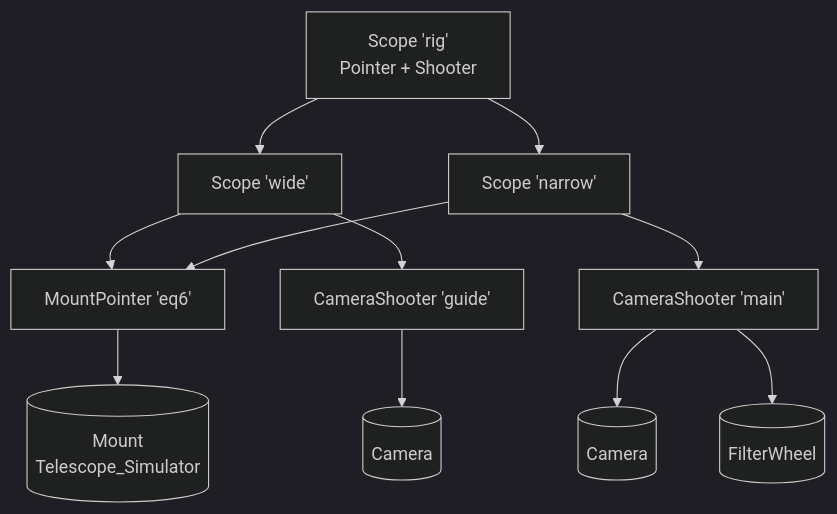
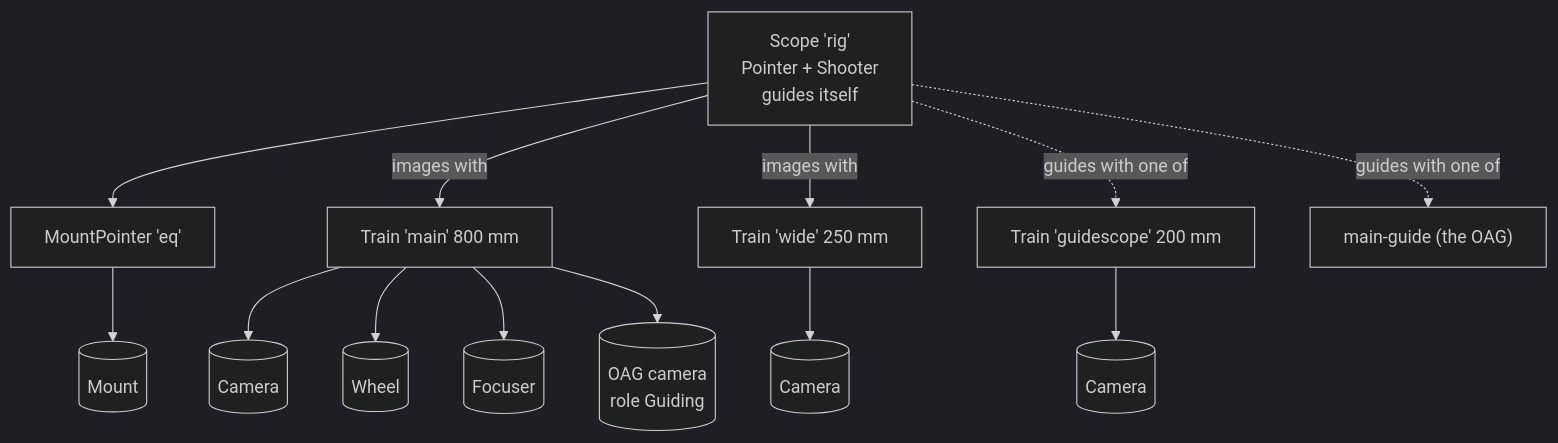
Before and after one commit to UltraGeekDEV/ELink-Astro: the fifth of 9 diagrams in docs/development.md, drawn with Mermaid (dark theme). The commit also changed other lines of this file and 18 other files, not shown here.

````diff
--- a/docs/development.md
+++ b/docs/development.md
@@ -142,12 +149,12 @@
 ```mermaid
 flowchart TD
-    Rig[Scope 'rig'<br/>Pointer + Shooter]
-    Wide[Scope 'wide']
-    Narrow[Scope 'narrow']
-    P1[MountPointer 'eq6'] --> M1[(Mount<br/>Telescope_Simulator)]
-    S1[CameraShooter 'guide'] --> C1[(Camera)]
-    S2[CameraShooter 'main'] --> C2[(Camera)] & W[(FilterWheel)]
-    Rig --> Wide & Narrow
-    Wide --> P1 & S1
-    Narrow --> P1 & S2
+    Rig[Scope 'rig'<br/>Pointer + Shooter<br/>guides itself]
+    EQ[MountPointer 'eq'] --> M1[(Mount)]
+    Main[Train 'main' 800 mm] --> C1[(Camera)] & W[(Wheel)] & F[(Focuser)]
+    Main --> OAG[(OAG camera<br/>role Guiding)]
+    Wide[Train 'wide' 250 mm] --> C2[(Camera)]
+    GS[Train 'guidescope' 200 mm] --> C3[(Camera)]
+    Rig --> EQ
+    Rig -->|images with| Main & Wide
+    Rig -.->|guides with one of| OAGS["main-guide (the OAG)"] & GS
 ```
````
